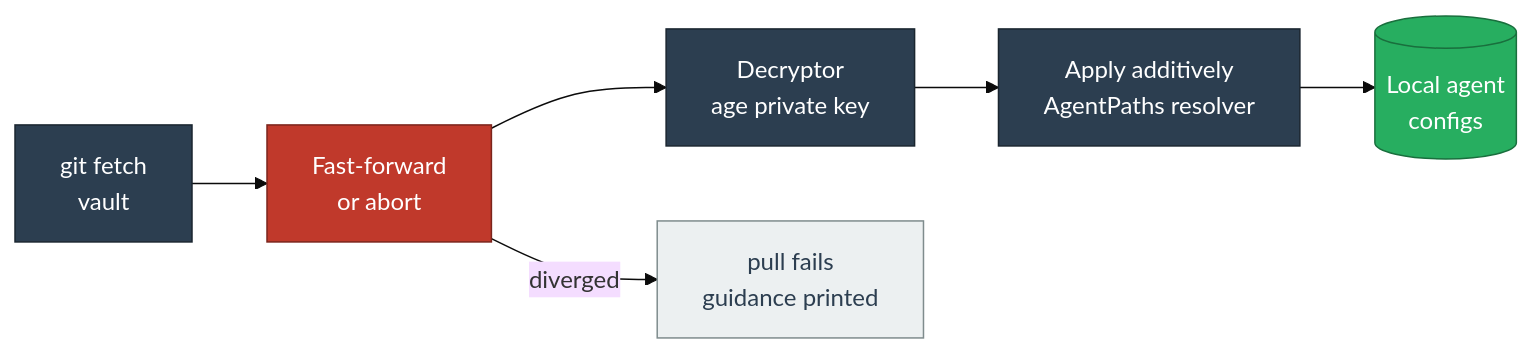
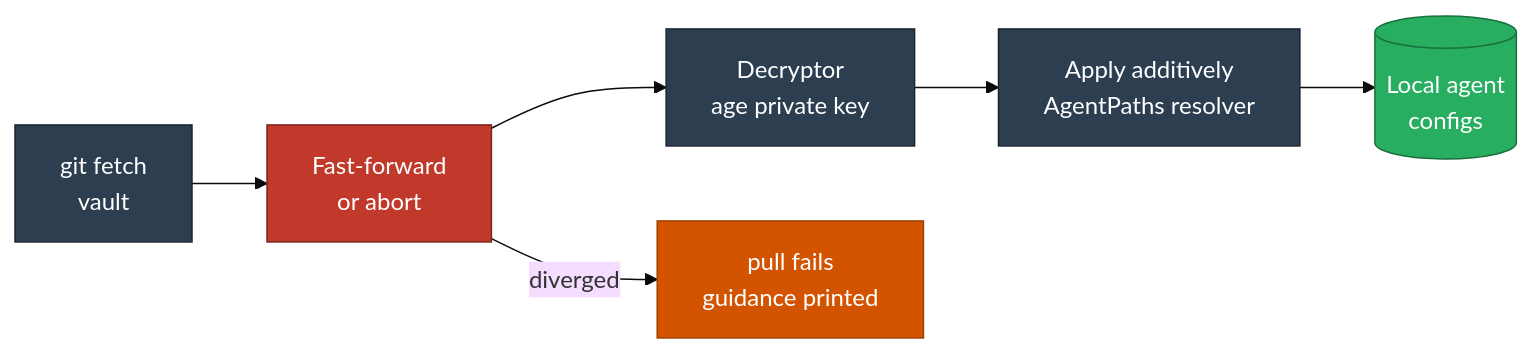
The third of 3 diagrams in docs/architecture-overview.md (chrisleekr/agentsync), drawn with Mermaid (base theme) before and after one commit. The commit also changed other lines of this file and 1 other file, not shown here.

First line of the commit message:
docs(theme): fix dark-mode contrast for mermaid diagrams

````diff
--- a/docs/architecture-overview.md
+++ b/docs/architecture-overview.md
@@ -90,19 +90,19 @@
 ```mermaid
 flowchart LR
     Fetch["git fetch<br/>vault"]:::step
     FF["Fast-forward<br/>or abort"]:::gate
     Decrypt["Decryptor<br/>age private key"]:::step
     Apply["Apply additively<br/>AgentPaths resolver"]:::step
     Local[("Local agent<br/>configs")]:::remote
 
     Fetch --> FF
     FF -->|diverged| Abort["pull fails<br/>guidance printed"]:::abort
     FF --> Decrypt
     Decrypt --> Apply
     Apply --> Local
 
     classDef step fill:#2c3e50,color:#ffffff,stroke:#1a252f
     classDef gate fill:#c0392b,color:#ffffff,stroke:#7b241c
     classDef remote fill:#27ae60,color:#ffffff,stroke:#196f3d
-    classDef abort fill:#ecf0f1,color:#2c3e50,stroke:#7f8c8d
+    classDef abort fill:#d35400,color:#ffffff,stroke:#a04000
 ```
````
